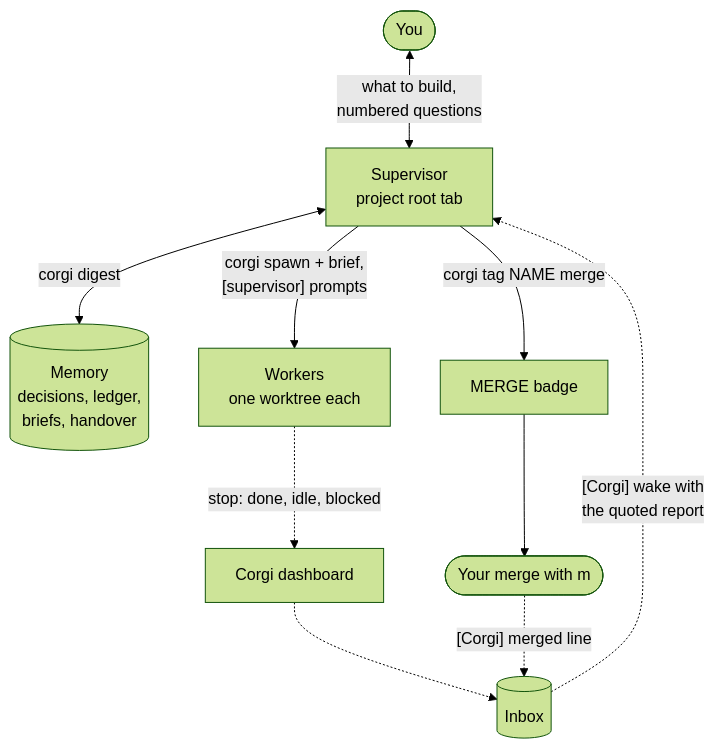
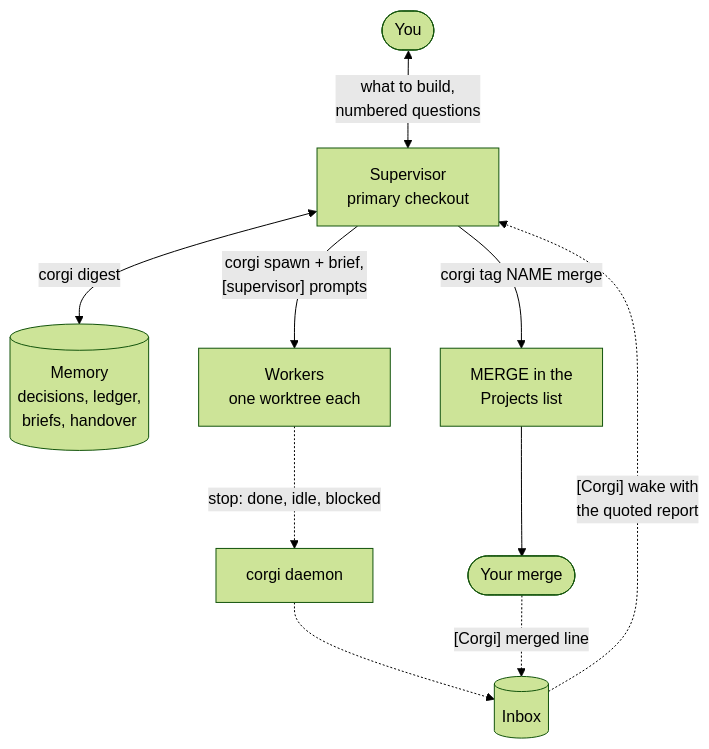
One commit to zyrre/corgi changed the diagram in README.md. Above: the diagram before and after it, drawn with Mermaid (forest theme). The commit also changed other lines of this file and 6 other files, not shown here.

````diff
--- a/README.md
+++ b/README.md
@@ -44,12 +39,12 @@
 ```mermaid
 flowchart TD
-    you(["You"]) <-->|"what to build,<br/>numbered questions"| sup["Supervisor<br/>project root tab"]
+    you(["You"]) <-->|"what to build,<br/>numbered questions"| sup["Supervisor<br/>primary checkout"]
     sup <-->|"corgi digest"| memory[("Memory<br/>decisions, ledger,<br/>briefs, handover")]
     sup -->|"corgi spawn + brief,<br/>[supervisor] prompts"| workers["Workers<br/>one worktree each"]
-    workers -.->|"stop: done, idle, blocked"| dash["Corgi dashboard"]
-    dash -.-> inbox[("Inbox")]
+    workers -.->|"stop: done, idle, blocked"| daemon["corgi daemon"]
+    daemon -.-> inbox[("Inbox")]
     inbox -.->|"[Corgi] wake with<br/>the quoted report"| sup
-    sup -->|"corgi tag NAME merge"| badge["MERGE badge"]
-    badge --> merge(["Your merge with m"])
+    sup -->|"corgi tag NAME merge"| badge["MERGE in the<br/>Projects list"]
+    badge --> merge(["Your merge"])
     merge -.->|"[Corgi] merged line"| inbox
 ```
````
